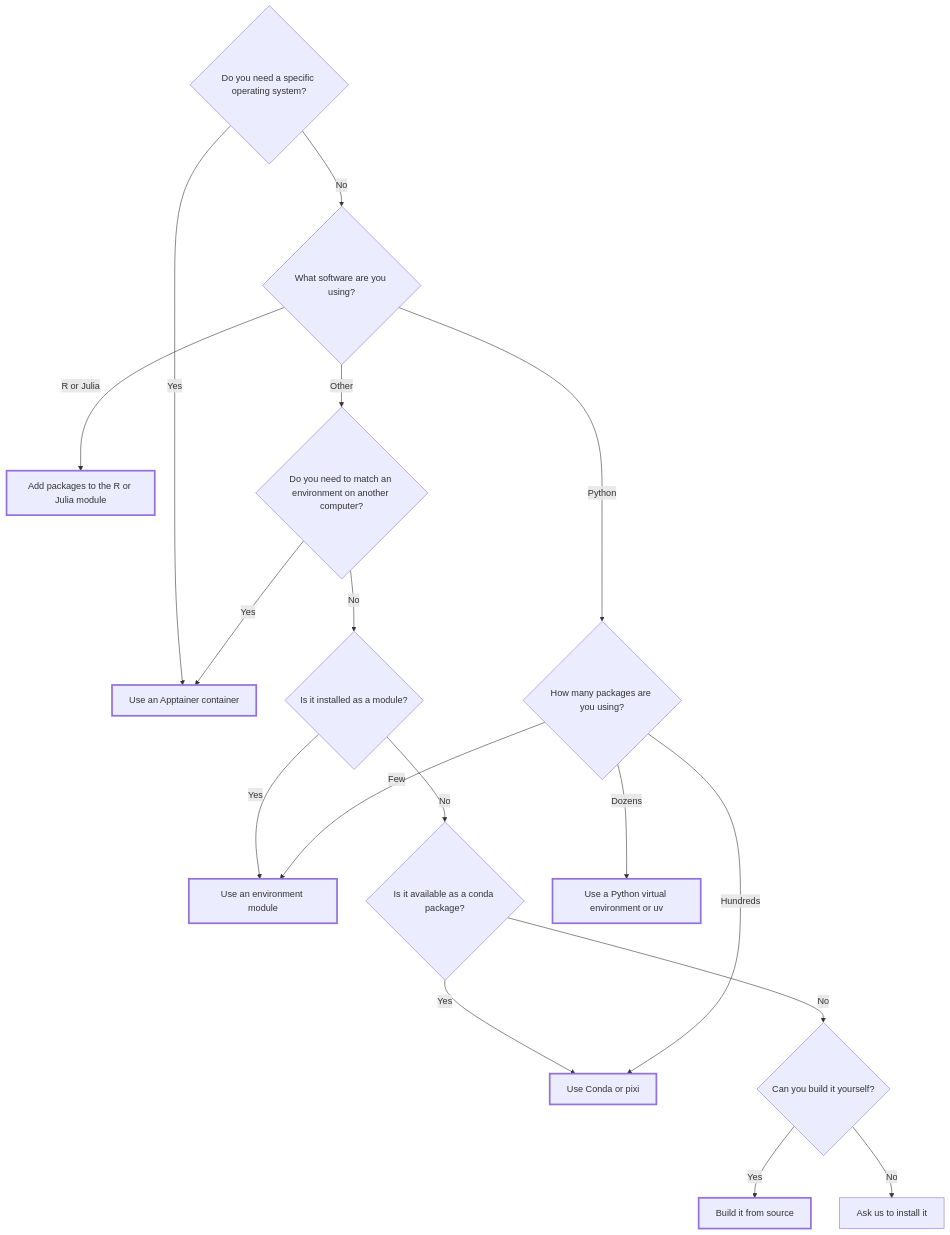
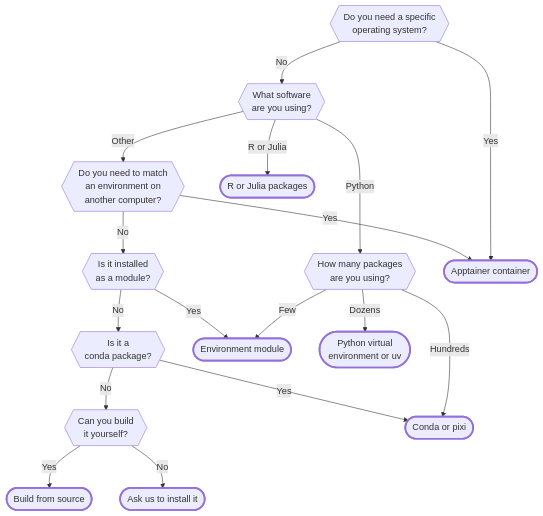
The diagram in docs/Software/Reproducible_Software.md (nesi/support-docs), drawn with Mermaid before and after one commit.

Commit message:
more readable

````diff
--- a/docs/Software/Reproducible_Software.md
+++ b/docs/Software/Reproducible_Software.md
@@ -18,50 +18,56 @@
 ```mermaid
 flowchart TD
-    A{"Do you need a specific operating system?"}
-    A -- "Yes" --> CON
+    %% Questions, in the order a reader meets them
+    A{{"Do you need a specific<br>operating system?"}}
+    B{{"What software<br>are you using?"}}
+    D{{"How many packages<br>are you using?"}}
+    C{{"Do you need to match<br>an environment on<br>another computer?"}}
+    M{{"Is it installed<br>as a module?"}}
+    K{{"Is it a<br>conda package?"}}
+    E{{"Can you build<br>it yourself?"}}
+
+    %% Outcomes, named as in the comparison table
+    ENVM(["Environment module"])
+    VENV(["Python virtual<br>environment or uv"])
+    CONDA(["Conda or pixi"])
+    RJ(["R or Julia packages"])
+    CON(["Apptainer container"])
+    BLD(["Build from source"])
+    REQ(["Ask us to install it"])
+
+    %% Edge order sets the layout: keep "Other" first, Python second
     A -- "No" --> B
 
-    B{"What software are you using?"}
+    B -- "Other" --> C
     B -- "Python" --> D
     B -- "R or Julia" --> RJ
-    B -- "Other" --> C
 
-    C{"Do you need to match an environment on another computer?"}
     C -- "Yes" --> CON
     C -- "No" --> M
 
-    M{"Is it installed as a module?"}
     M -- "Yes" --> ENVM
     M -- "No" --> K
 
-    K{"Is it available as a conda package?"}
     K -- "Yes" --> CONDA
     K -- "No" --> E
 
-    E{"Can you build it yourself?"}
     E -- "Yes" --> BLD
     E -- "No" --> REQ
 
-    D{"How many packages are you using?"}
     D -- "Few" --> ENVM
     D -- "Dozens" --> VENV
     D -- "Hundreds" --> CONDA
 
-    ENVM["Use an environment module"]
-    VENV["Use a Python virtual environment or uv"]
-    CONDA["Use Conda or pixi"]
-    RJ["Add packages to the R or Julia module"]
-    CON["Use an Apptainer container"]
-    BLD["Build it from source"]
-    REQ["Ask us to install it"]
+    A -- "Yes" --> CON
 
     classDef outcome stroke-width:3px
-    class ENVM,CON,VENV,CONDA,RJ,BLD outcome
+    class ENVM,VENV,CONDA,RJ,CON,BLD,REQ outcome
 
     click ENVM "#environment-modules"
-    click CON "#apptainer-containers"
     click VENV "#python-packages"
     click CONDA "#conda-environments"
     click RJ "#r-and-julia-packages"
+    click CON "#apptainer-containers"
     click BLD "#build-from-source"
+    click REQ "#build-from-source"
 ```
````
